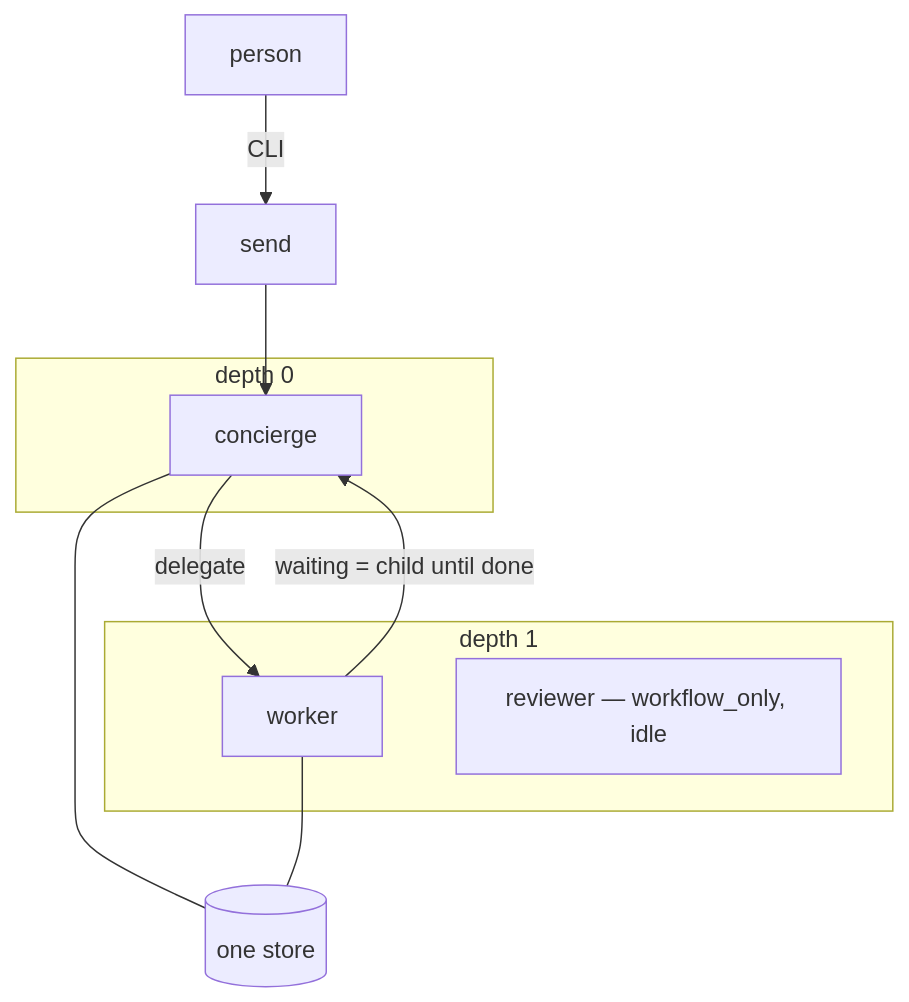
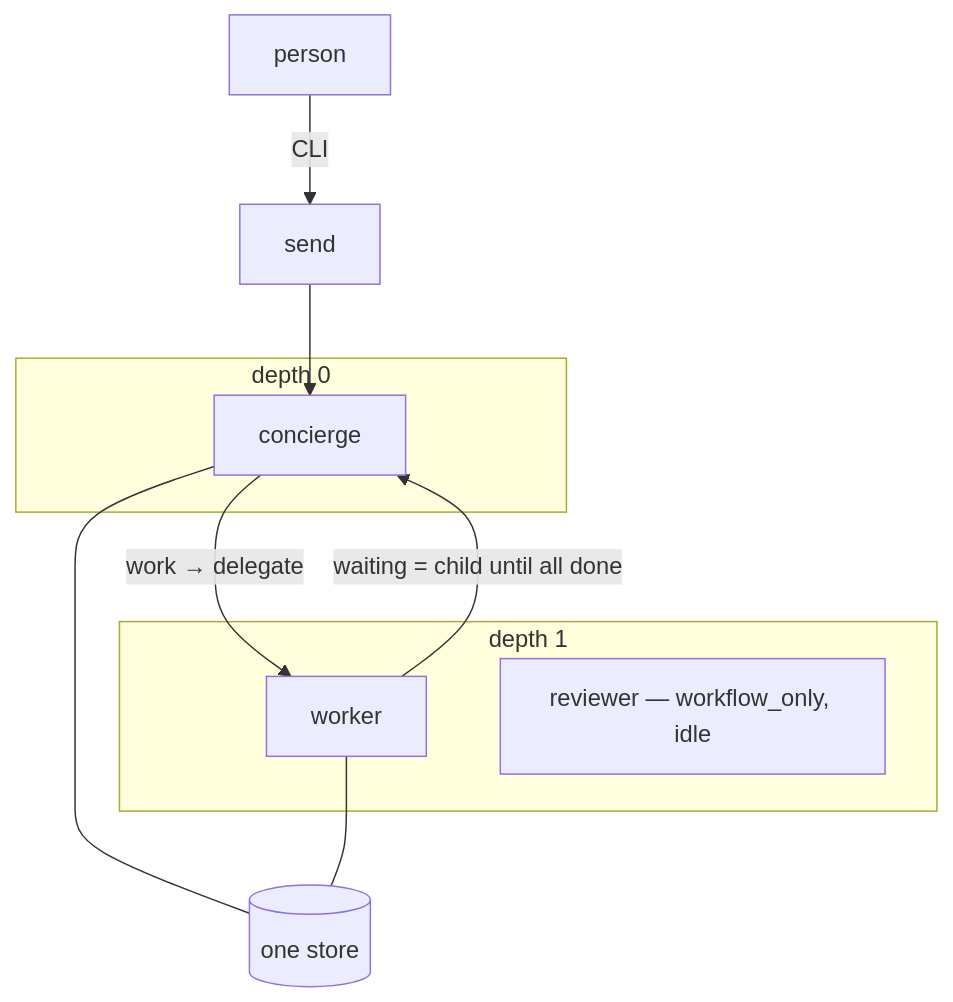
One commit to This-Is-NPC/omunculus changed the second of 10 diagrams in docs/possibilities.md. Above: the diagram before and after it, drawn with Mermaid. The commit also changed other lines of this file and 31 other files, not shown here.

````diff
--- a/docs/possibilities.md
+++ b/docs/possibilities.md
@@ -63,18 +68,18 @@
 ```mermaid
 flowchart TB
     person[person]
     send[send]
     subgraph d0 [depth 0]
         concierge[concierge]
     end
     subgraph d1 [depth 1]
         worker[worker]
         reviewer["reviewer — workflow_only, idle"]
     end
     store[(one store)]
     person -->|CLI| send --> concierge
-    concierge -->|delegate| worker
-    worker -->|"waiting = child until done"| concierge
+    concierge -->|"work → delegate"| worker
+    worker -->|"waiting = child until all done"| concierge
     concierge --- store
     worker --- store
 ```
````
